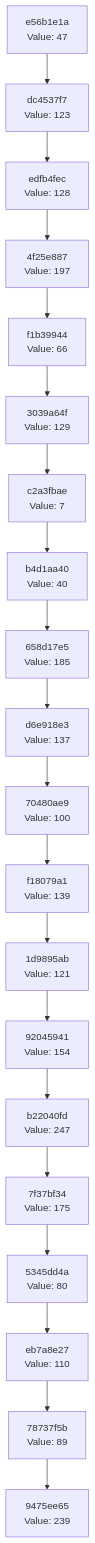
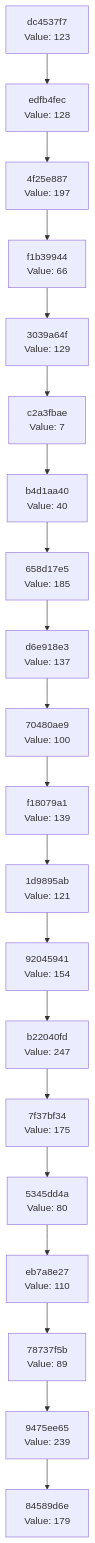
One commit to Abhisheksinha1506/hash-chain-evolver changed the diagram in docs/CHAIN_VISUALIZATION.md. Above: the diagram before and after it, drawn with Mermaid. The commit also changed 1 other file, not shown here.

Commit message:
Evolution step: hash 0xB3 → action executed

````diff
--- a/docs/CHAIN_VISUALIZATION.md
+++ b/docs/CHAIN_VISUALIZATION.md
@@ -3,42 +3,42 @@
 ```mermaid
 graph TD
-    C0["9475ee65<br/>Value: 239"]
-    C1["78737f5b<br/>Value: 89"]
+    C0["84589d6e<br/>Value: 179"]
+    C1["9475ee65<br/>Value: 239"]
     C1 --> C0
-    C2["eb7a8e27<br/>Value: 110"]
+    C2["78737f5b<br/>Value: 89"]
     C2 --> C1
-    C3["5345dd4a<br/>Value: 80"]
+    C3["eb7a8e27<br/>Value: 110"]
     C3 --> C2
-    C4["7f37bf34<br/>Value: 175"]
+    C4["5345dd4a<br/>Value: 80"]
     C4 --> C3
-    C5["b22040fd<br/>Value: 247"]
+    C5["7f37bf34<br/>Value: 175"]
     C5 --> C4
-    C6["92045941<br/>Value: 154"]
+    C6["b22040fd<br/>Value: 247"]
     C6 --> C5
-    C7["1d9895ab<br/>Value: 121"]
+    C7["92045941<br/>Value: 154"]
     C7 --> C6
-    C8["f18079a1<br/>Value: 139"]
+    C8["1d9895ab<br/>Value: 121"]
     C8 --> C7
-    C9["70480ae9<br/>Value: 100"]
+    C9["f18079a1<br/>Value: 139"]
     C9 --> C8
-    C10["d6e918e3<br/>Value: 137"]
+    C10["70480ae9<br/>Value: 100"]
     C10 --> C9
-    C11["658d17e5<br/>Value: 185"]
+    C11["d6e918e3<br/>Value: 137"]
     C11 --> C10
-    C12["b4d1aa40<br/>Value: 40"]
+    C12["658d17e5<br/>Value: 185"]
     C12 --> C11
-    C13["c2a3fbae<br/>Value: 7"]
+    C13["b4d1aa40<br/>Value: 40"]
     C13 --> C12
-    C14["3039a64f<br/>Value: 129"]
+    C14["c2a3fbae<br/>Value: 7"]
     C14 --> C13
-    C15["f1b39944<br/>Value: 66"]
+    C15["3039a64f<br/>Value: 129"]
     C15 --> C14
-    C16["4f25e887<br/>Value: 197"]
+    C16["f1b39944<br/>Value: 66"]
     C16 --> C15
-    C17["edfb4fec<br/>Value: 128"]
+    C17["4f25e887<br/>Value: 197"]
     C17 --> C16
-    C18["dc4537f7<br/>Value: 123"]
+    C18["edfb4fec<br/>Value: 128"]
     C18 --> C17
-    C19["e56b1e1a<br/>Value: 47"]
+    C19["dc4537f7<br/>Value: 123"]
     C19 --> C18
 ```
````
